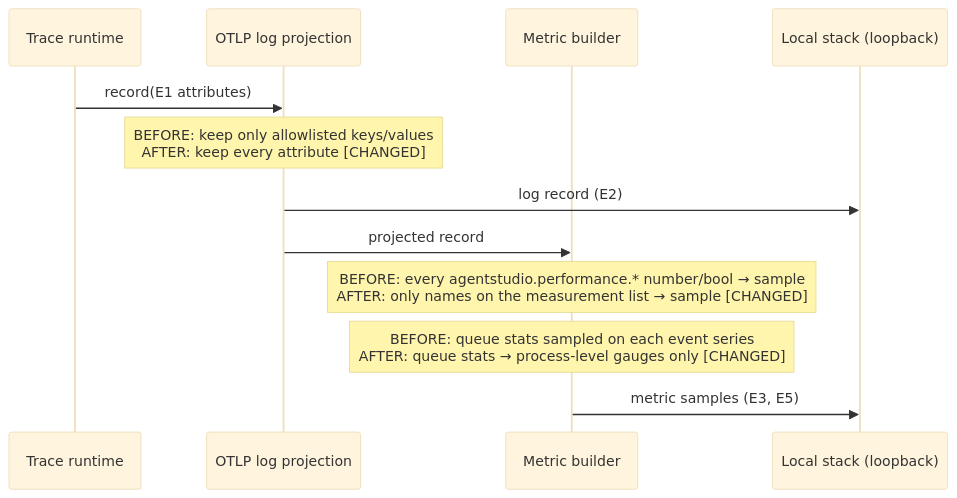
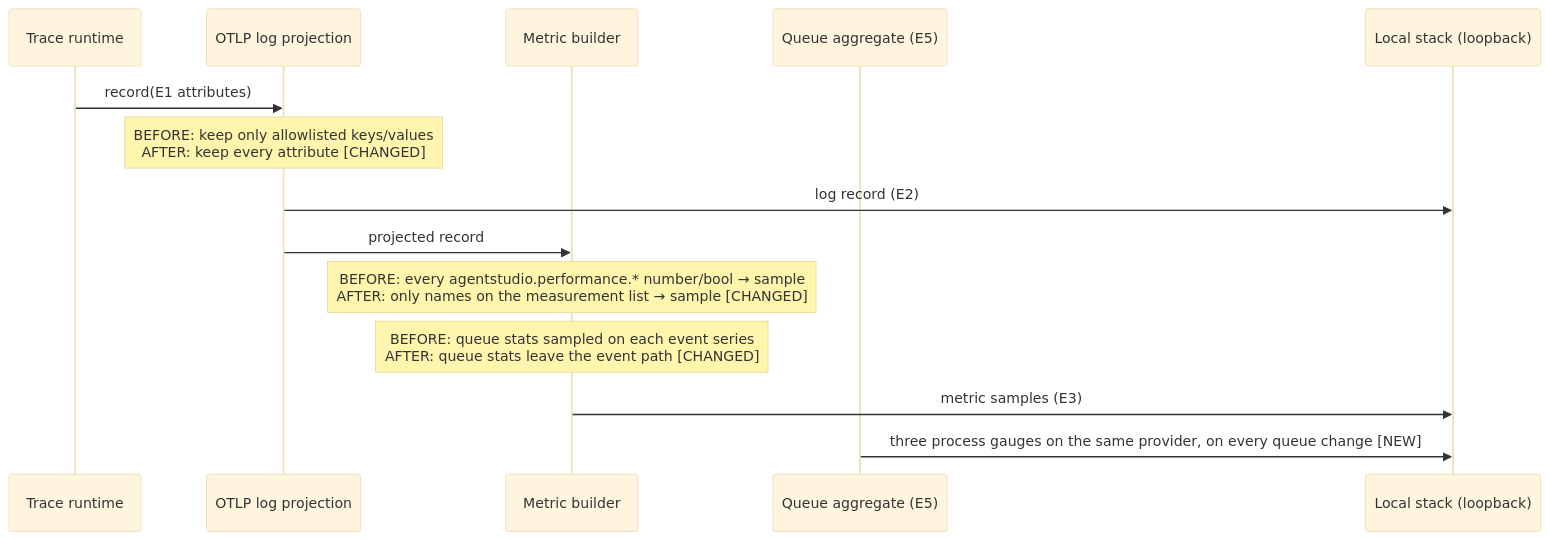
One commit to getagentstudio/agentstudio changed the second of 2 diagrams in docs/specs/2026-10-12-otlp-export-without-field-allowlist/2026-10-12-otlp-export-without-field-allowlist-program-design.md. Above: the diagram before and after it, drawn with Mermaid (base theme). The commit also changed other lines of this file and 1 other file, not shown here.

````diff
--- a/docs/specs/2026-10-12-otlp-export-without-field-allowlist/2026-10-12-otlp-export-without-field-allowlist-program-design.md
+++ b/docs/specs/2026-10-12-otlp-export-without-field-allowlist/2026-10-12-otlp-export-without-field-allowlist-program-design.md
@@ -48,14 +49,16 @@
 ```mermaid
 sequenceDiagram
   participant Rt as Trace runtime
   participant Pj as OTLP log projection
   participant Mb as Metric builder
+  participant Qa as Queue aggregate (E5)
   participant St as Local stack (loopback)
   Rt->>Pj: record(E1 attributes)
   Note over Pj: BEFORE: keep only allowlisted keys/values<br/>AFTER: keep every attribute [CHANGED]
   Pj->>St: log record (E2)
   Pj->>Mb: projected record
   Note over Mb: BEFORE: every agentstudio.performance.* number/bool → sample<br/>AFTER: only names on the measurement list → sample [CHANGED]
-  Note over Mb: BEFORE: queue stats sampled on each event series<br/>AFTER: queue stats → process-level gauges only [CHANGED]
-  Mb->>St: metric samples (E3, E5)
+  Note over Mb: BEFORE: queue stats sampled on each event series<br/>AFTER: queue stats leave the event path [CHANGED]
+  Mb->>St: metric samples (E3)
+  Qa->>St: three process gauges on the same provider, on every queue change [NEW]
 ```
````
